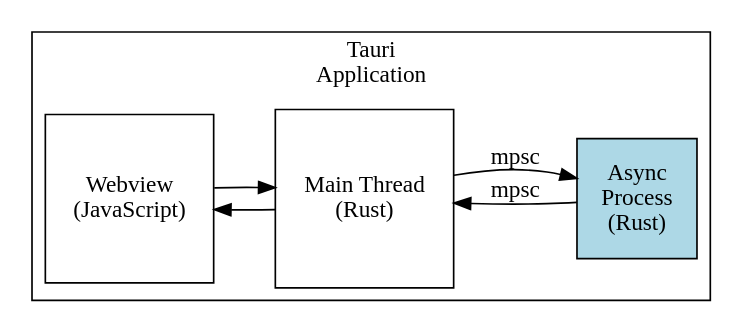
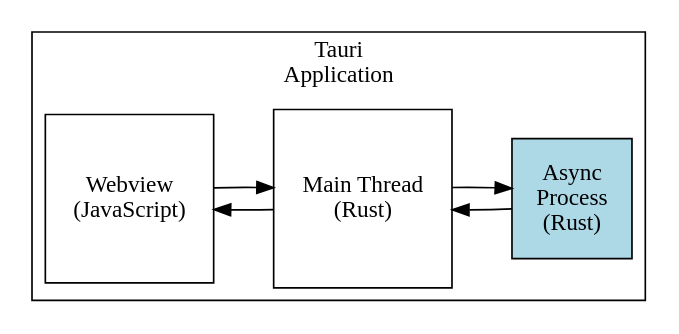
Before and after one commit to rfdonnelly/rfdonnelly.github.io-source: the first of 5 diagrams in content/posts/rust-tauri-async.adoc, drawn with Graphviz. The commit also changed other lines of this file, not shown here.

```diff
--- a/content/posts/rust-tauri-async.adoc
+++ b/content/posts/rust-tauri-async.adoc
@@ -82,19 +82,19 @@
 [graphviz]
 ----
 digraph G {
     rankdir=RL
 
     subgraph cluster_tauri {
         label="Tauri\nApplication"
 
         wv [label="Webview\n(JavaScript)", shape=square]
         mt [label="Main Thread\n(Rust)", shape=square]
         ap [label="Async\nProcess\n(Rust)", shape=square, style=filled, fillcolor=lightblue]
 
         wv -> mt [constraint=false]
-        mt -> ap [constraint=false, label=mpsc]
-        ap -> mt [label=mpsc]
+        mt -> ap [constraint=false]
+        ap -> mt
         mt -> wv
      }
 }
 ----
```
